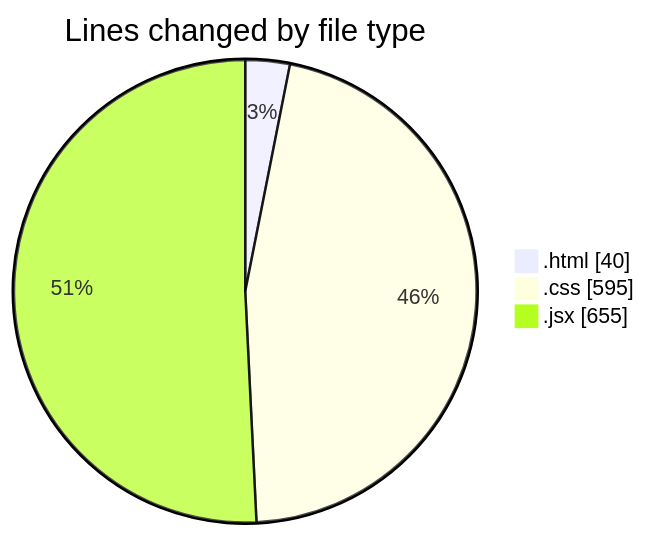
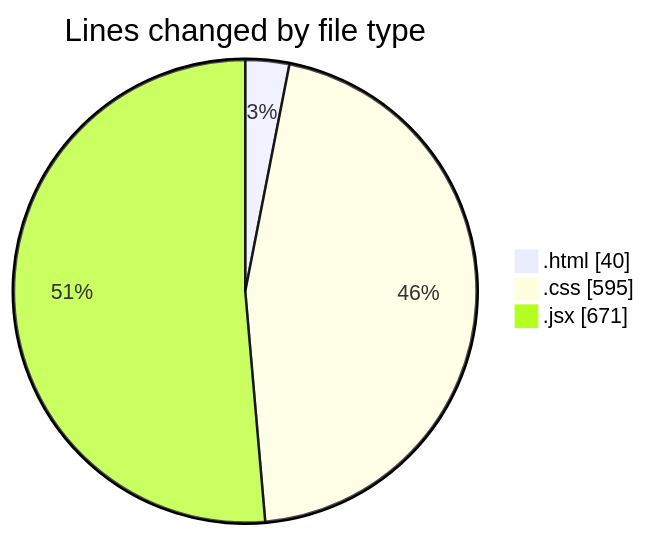
Before and after one commit to Ritupan-Deka/code-tracking: the first of 2 diagrams in 2025-05-26/projects/README.md, drawn with Mermaid. The commit also changed other lines of this file and 1 other file, not shown here.

````diff
--- a/2025-05-26/projects/README.md
+++ b/2025-05-26/projects/README.md
@@ -23,7 +23,7 @@
 ```mermaid
 pie showData
 title Lines changed by file type
 ".html" : 40
 ".css" : 595
-".jsx" : 655
+".jsx" : 671
 ```
````
